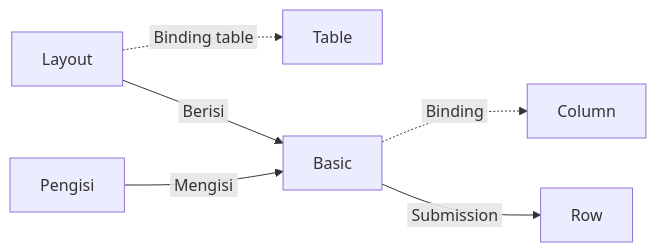
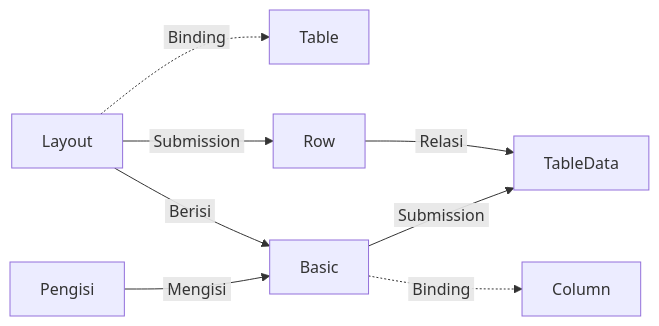
The diagram in Docs/Modul Interface/Form/Input/Basic.md (ginalne/phoenix-docs), drawn with Mermaid before and after one commit. The commit also changed other lines of this file and 4 other files, not shown here.

````diff
--- a/Docs/Modul Interface/Form/Input/Basic.md
+++ b/Docs/Modul Interface/Form/Input/Basic.md
@@ -38,8 +37,10 @@
 ```mermaid
 flowchart LR
-  A["Layout"] -.->|&nbsp;Binding table&nbsp;| B["Table"]
+  A["Layout"] -.->|&nbsp;Binding&nbsp;| B["Table"]
+  A -->|&nbsp;Submission&nbsp;| R["Row"]
   A -->|&nbsp;Berisi&nbsp;| C["Basic"]
   C -.->|&nbsp;Binding&nbsp;| D["Column"]
   E["Pengisi"] -->|&nbsp;Mengisi&nbsp;| C
-  C -->|&nbsp;Submission&nbsp;| F["Row"]
+  R -->|&nbsp;Relasi&nbsp;| F
+  C -->|&nbsp;Submission&nbsp;| F["TableData"]
 ```
````
